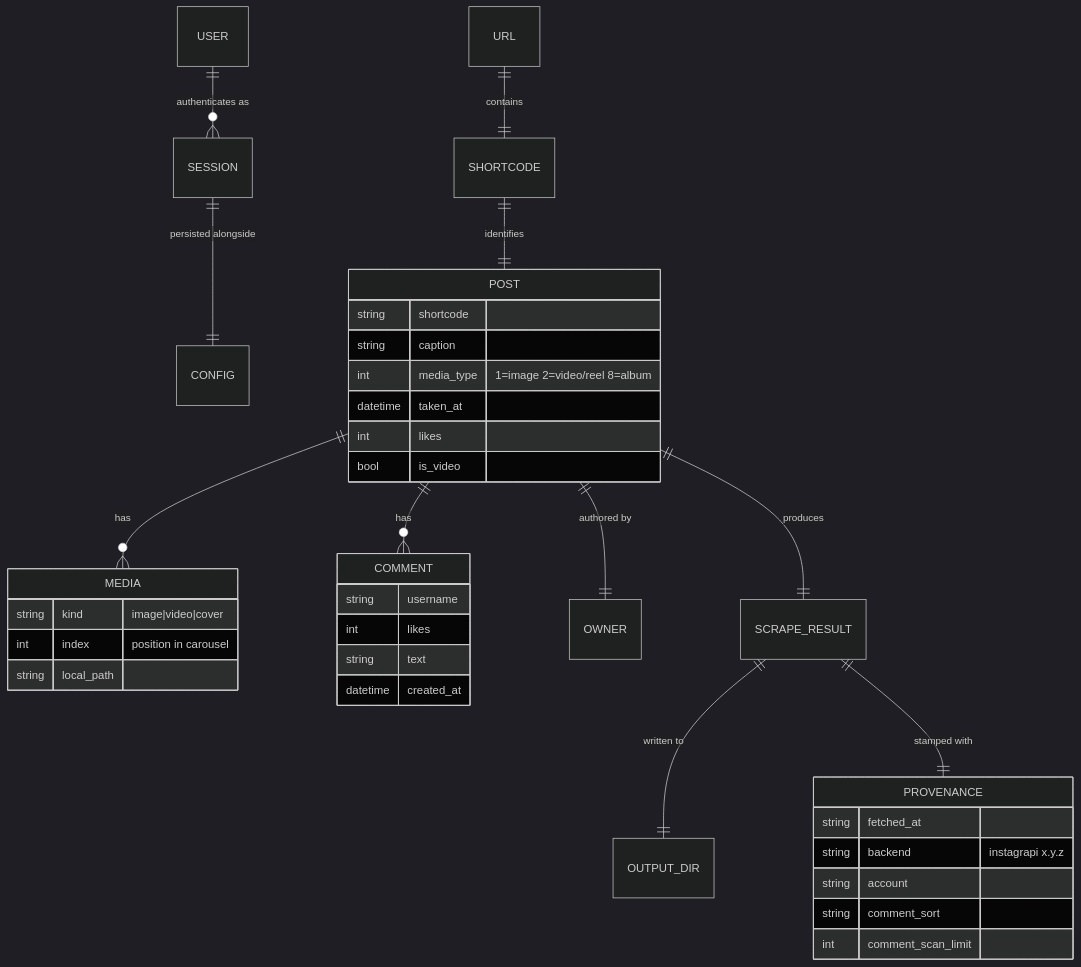
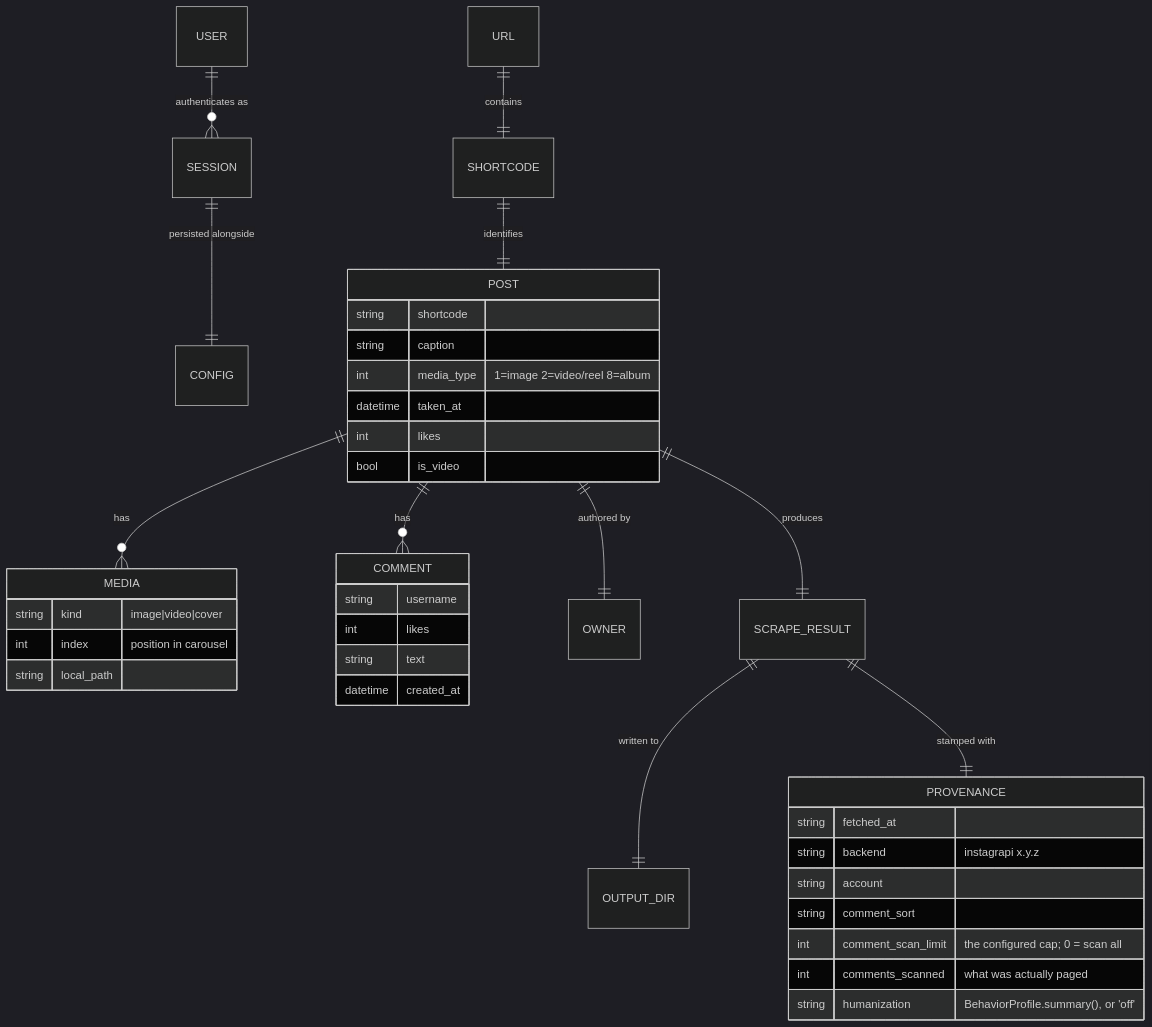
The diagram in specs/system/domain.md (tillg/instascraper), drawn with Mermaid (dark theme) before and after one commit. The commit also changed other lines of this file and 23 other files, not shown here.

````diff
--- a/specs/system/domain.md
+++ b/specs/system/domain.md
@@ -8,40 +8,42 @@
 ```mermaid
 erDiagram
     USER ||--o{ SESSION : "authenticates as"
     SESSION ||--|| CONFIG : "persisted alongside"
     URL ||--|| SHORTCODE : "contains"
     SHORTCODE ||--|| POST : "identifies"
     POST ||--o{ MEDIA : "has"
     POST ||--o{ COMMENT : "has"
     POST ||--|| OWNER : "authored by"
     POST ||--|| SCRAPE_RESULT : "produces"
     SCRAPE_RESULT ||--|| OUTPUT_DIR : "written to"
     SCRAPE_RESULT ||--|| PROVENANCE : "stamped with"
 
     POST {
         string shortcode
         string caption
         int media_type "1=image 2=video/reel 8=album"
         datetime taken_at
         int likes
         bool is_video
     }
     COMMENT {
         string username
         int likes
         string text
         datetime created_at
     }
     MEDIA {
         string kind "image|video|cover"
         int index "position in carousel"
         string local_path
     }
     PROVENANCE {
         string fetched_at
         string backend "instagrapi x.y.z"
         string account
         string comment_sort
-        int comment_scan_limit
+        int comment_scan_limit "the configured cap; 0 = scan all"
+        int comments_scanned "what was actually paged"
+        string humanization "BehaviorProfile.summary(), or 'off'"
     }
 ```
````
